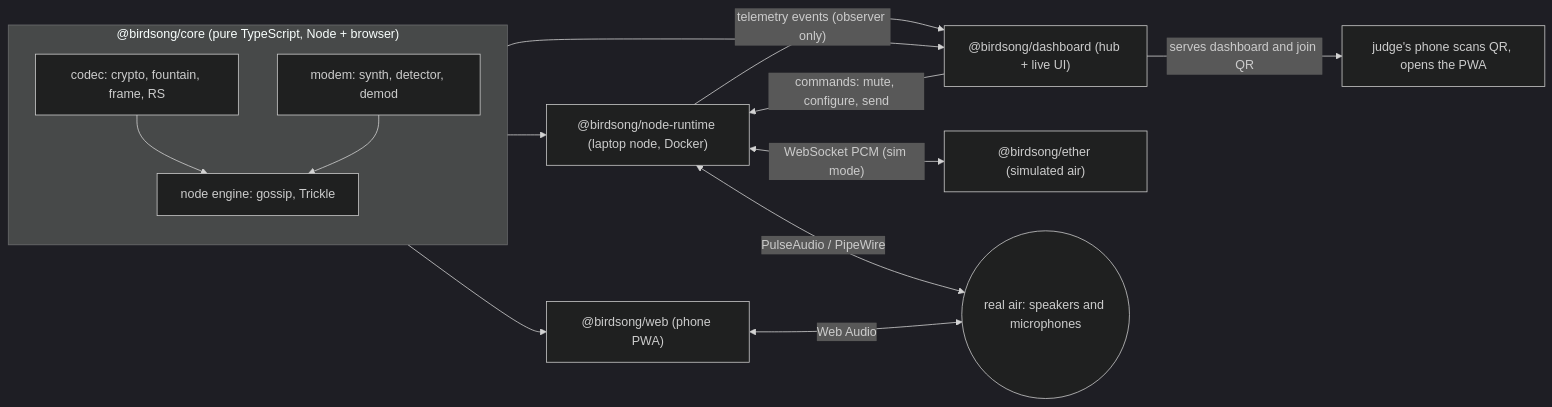
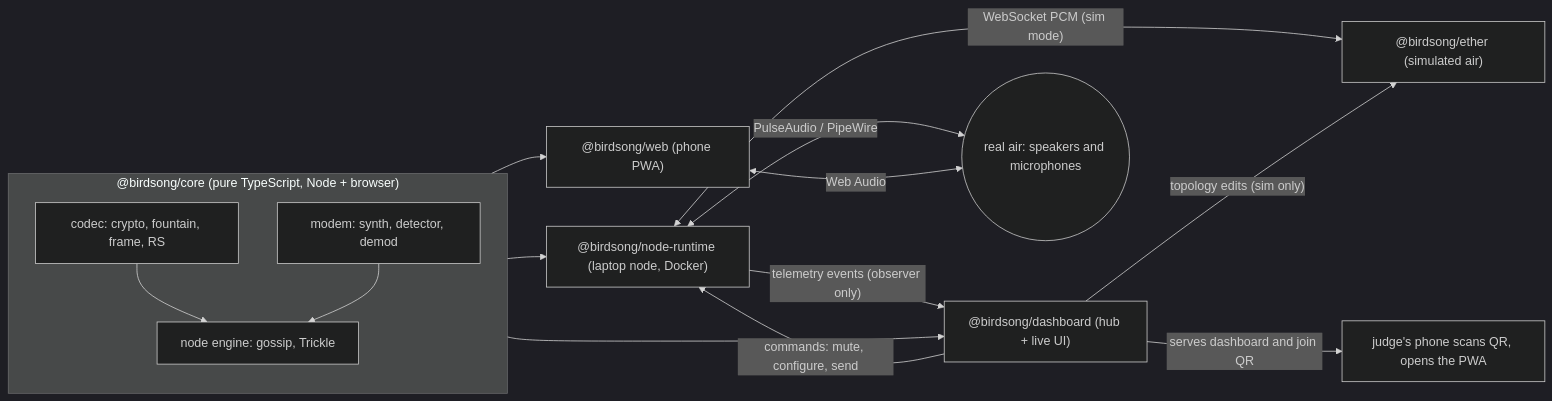
The diagram in docs/ARCHITECTURE.md (AdiP1353/BirdSong), drawn with Mermaid (dark theme) before and after one commit. The commit also changed other lines of this file and 24 other files, not shown here.

First line of the commit message:
feat(ether): manual network topology, editable live only from the hub

````diff
--- a/docs/ARCHITECTURE.md
+++ b/docs/ARCHITECTURE.md
@@ -5,25 +5,26 @@
 ```mermaid
 flowchart LR
   subgraph core["@birdsong/core (pure TypeScript, Node + browser)"]
     codec["codec: crypto, fountain, frame, RS"]
     modem["modem: synth, detector, demod"]
     engine["node engine: gossip, Trickle"]
     codec --> engine
     modem --> engine
   end
   nr["@birdsong/node-runtime (laptop node, Docker)"]
   web["@birdsong/web (phone PWA)"]
   hub["@birdsong/dashboard (hub + live UI)"]
   ether["@birdsong/ether (simulated air)"]
   air(("real air: speakers and microphones"))
 
   core --> nr
   core --> web
   core --> hub
   nr <-->|"PulseAudio / PipeWire"| air
   web <-->|"Web Audio"| air
   nr <-->|"WebSocket PCM (sim mode)"| ether
   nr -->|"telemetry events (observer only)"| hub
   hub -->|"commands: mute, configure, send"| nr
+  hub -->|"topology edits (sim only)"| ether
   hub -->|"serves dashboard and join QR"| judge["judge's phone scans QR, opens the PWA"]
 ```
````
